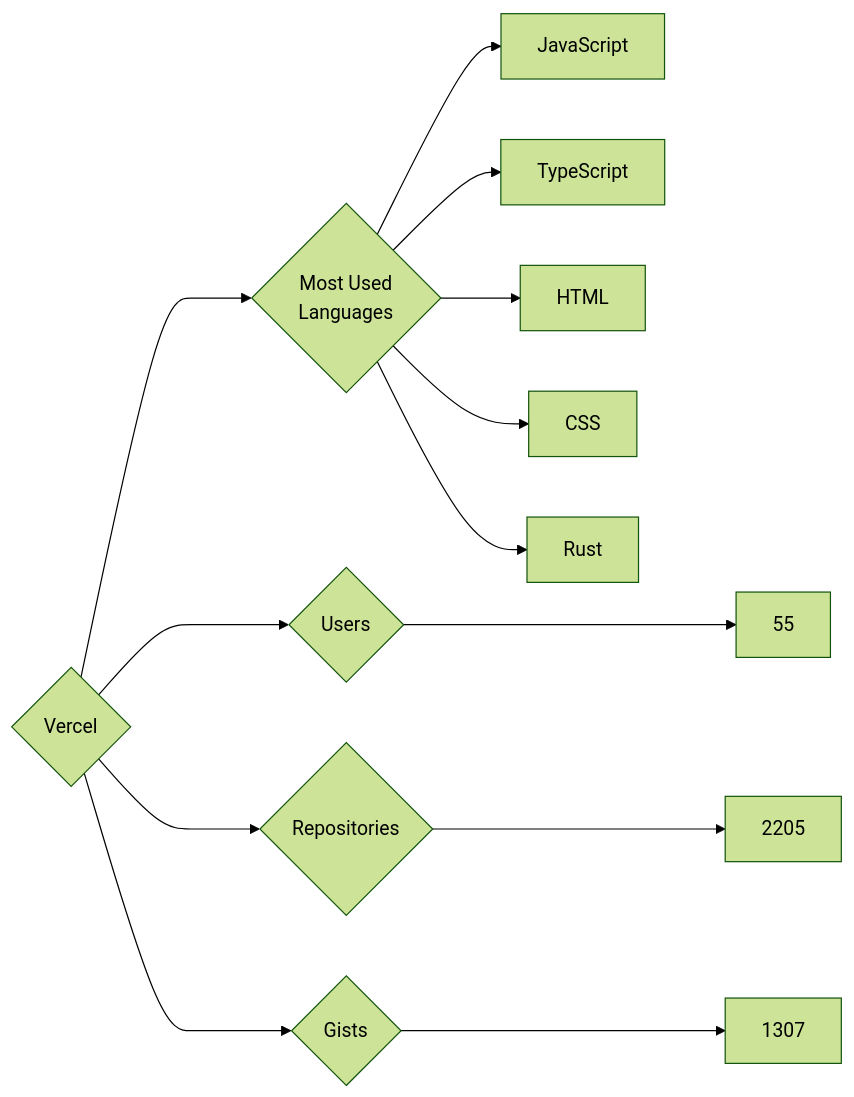
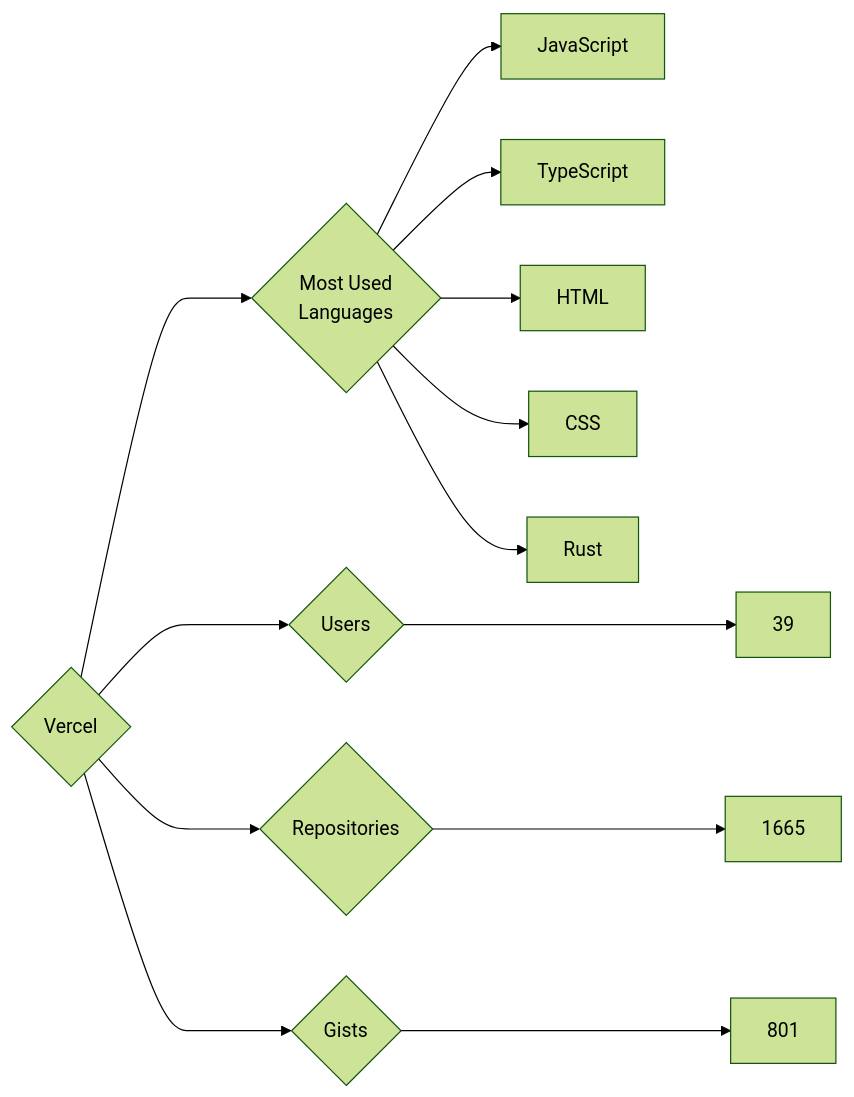
Before and after one commit to trickest/insiders: the diagram in targets/Vercel/README.md, drawn with Mermaid (forest theme). The commit also changed 972 other files, not shown here.

````diff
--- a/targets/Vercel/README.md
+++ b/targets/Vercel/README.md
@@ -3,13 +3,13 @@
 ```mermaid
 graph LR
 COMPANY_NAME{Vercel}
-COMPANY_NAME ---> U{Users} ---> UN[55]
-COMPANY_NAME ---> R{Repositories} ---> RN[2205]
-COMPANY_NAME ---> G{Gists} ---> GN[1307]
+COMPANY_NAME ---> U{Users} ---> UN[39]
+COMPANY_NAME ---> R{Repositories} ---> RN[1665]
+COMPANY_NAME ---> G{Gists} ---> GN[801]
 COMPANY_NAME ---> ML{Most Used<br>Languages}
 ML --> JavaScript[JavaScript]
 ML --> TypeScript[TypeScript]
 ML --> HTML[HTML]
 ML --> CSS[CSS]
 ML --> Rust[Rust]
 ```
````
